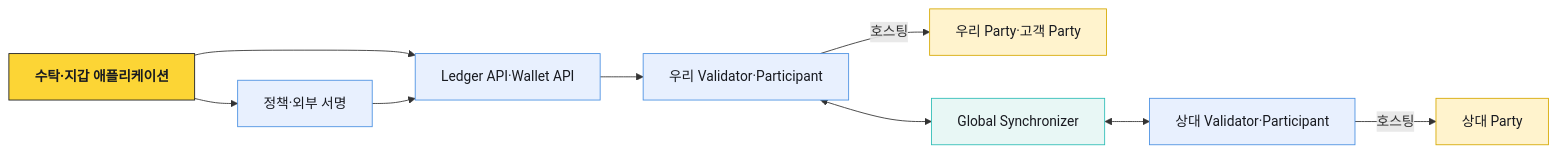
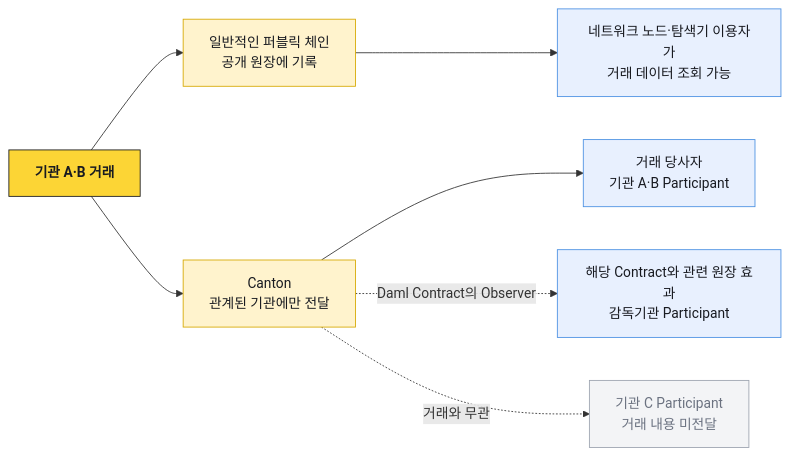
Before and after one commit to eunsujeo/eunpus: the second of 2 diagrams in blockchain-manager/docs/온보딩/Canton Network/00-overview.md, drawn with Mermaid. The commit also changed other lines of this file and 24 other files, not shown here.

````diff
--- a/blockchain-manager/docs/온보딩/Canton Network/00-overview.md
+++ b/blockchain-manager/docs/온보딩/Canton Network/00-overview.md
@@ -14,21 +50,20 @@
 ```mermaid
 flowchart LR
-    APP[수탁·지갑 애플리케이션] --> API[Ledger API·Wallet API]
-    API --> VA[우리 Validator·Participant]
-    VA -->|호스팅| PA[우리 Party·고객 Party]
-    VA <--> SYNC[Global Synchronizer]
-    SYNC <--> VB[상대 Validator·Participant]
-    VB -->|호스팅| PB[상대 Party]
+    TX[기관 A·B 거래]
+    TX --> PUB[일반적인 퍼블릭 체인<br/>공개 원장에 기록]
+    PUB --> PWHO[네트워크 노드·탐색기 이용자가<br/>거래 데이터 조회 가능]
 
-    APP --> SIGN[정책·외부 서명]
-    SIGN --> API
+    TX --> CAN[Canton<br/>관계된 기관에만 전달]
+    CAN --> CAB[거래 당사자<br/>기관 A·B Participant]
+    CAN -.Daml Contract의 Observer.-> REG[해당 Contract와 관련 원장 효과<br/>감독기관 Participant]
+    CAN -.거래와 무관.-> CC[기관 C Participant<br/>거래 내용 미전달]
 
-    classDef app fill:#fcd535,stroke:#181a20,color:#181a20,font-weight:bold
-    classDef node fill:#e8f0fe,stroke:#4a90e2,color:#181a20
-    classDef identity fill:#fff3cd,stroke:#d6a800,color:#181a20
-    classDef network fill:#e8f7f5,stroke:#2dbdb6,color:#181a20
-    class APP app
-    class API,VA,VB,SIGN node
-    class PA,PB identity
-    class SYNC network
+    classDef tx fill:#fcd535,stroke:#181a20,color:#181a20,font-weight:bold
+    classDef network fill:#fff3cd,stroke:#d6a800,color:#181a20
+    classDef party fill:#e8f0fe,stroke:#4a90e2,color:#181a20
+    classDef muted fill:#f3f4f6,stroke:#9ca3af,color:#6b7280
+    class TX tx
+    class PUB,CAN network
+    class PWHO,CAB,REG party
+    class CC muted
 ```
````
